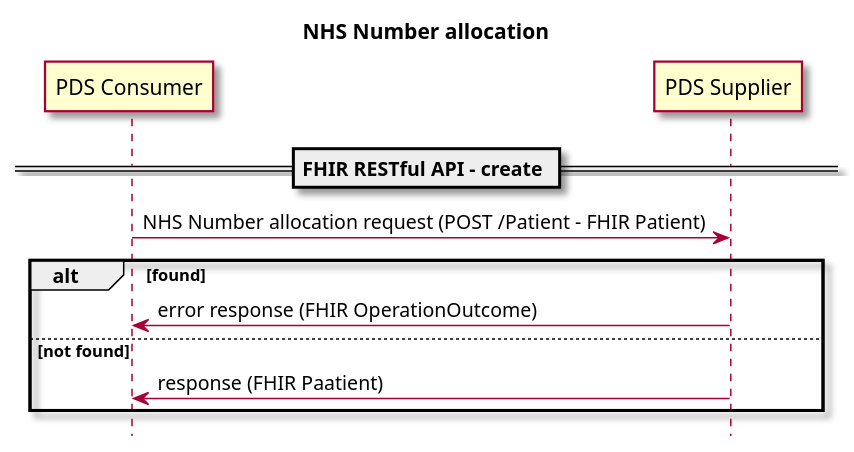
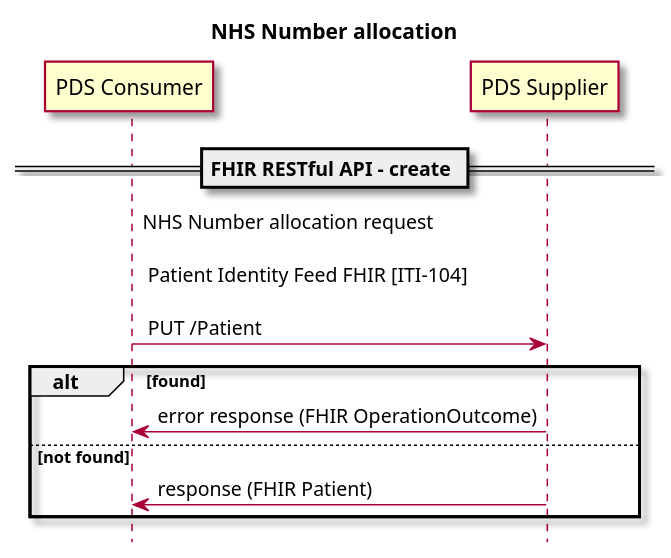
The diagram in input/images-source/personal-demographic-service-sequence-nhs-number-allocation.plantuml (NHSDigital/interoperability-standards-documentation), drawn with PlantUML before and after one commit. The commit also changed 209 other files, not shown here.

```diff
--- a/input/images-source/personal-demographic-service-sequence-nhs-number-allocation.plantuml
+++ b/input/images-source/personal-demographic-service-sequence-nhs-number-allocation.plantuml
@@ -1,23 +1,23 @@
 @startuml
 
 hide footbox
 
 skin rose
 
 title "NHS Number allocation"
 
 
 participant "PDS Consumer" as PDSConsumer
 participant "PDS Supplier" as PDSSupplier
 
 
 == FHIR RESTful API - create ==
 
-PDSConsumer -> PDSSupplier : NHS Number allocation request (POST /Patient - FHIR Patient)
+PDSConsumer -> PDSSupplier : NHS Number allocation request \n\n Patient Identity Feed FHIR [ITI-104] \n\n PUT /Patient
 alt found
 PDSSupplier -> PDSConsumer : error response (FHIR OperationOutcome)
 else not found
-PDSSupplier -> PDSConsumer : response (FHIR Paatient)
+PDSSupplier -> PDSConsumer : response (FHIR Patient)
 end
 
 @enduml
```
